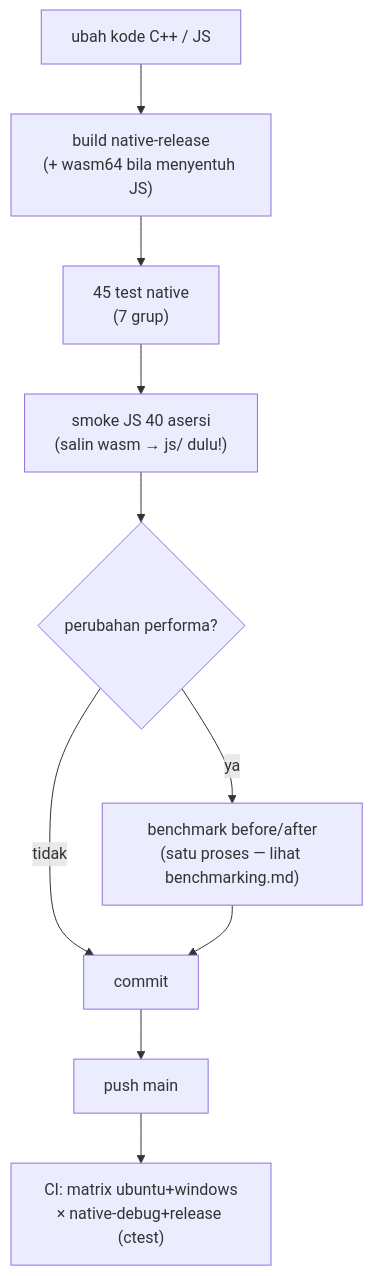
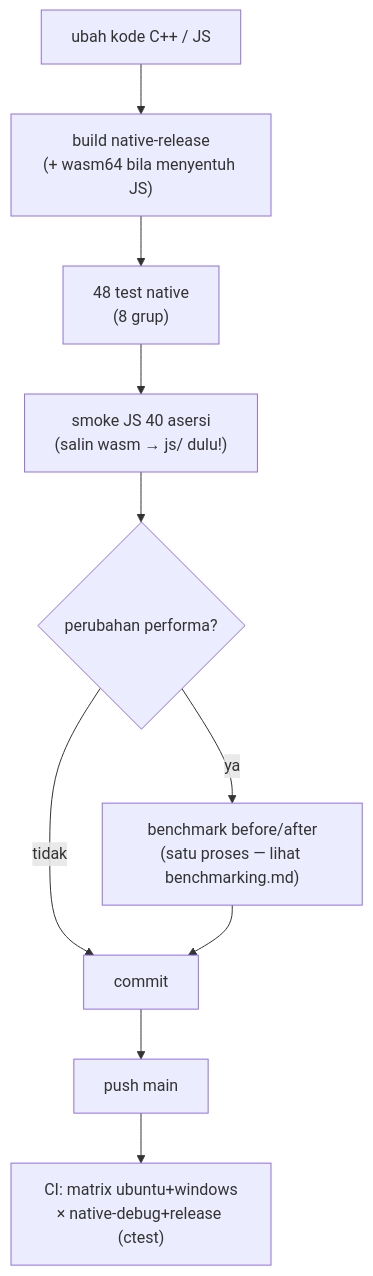
The first of 2 diagrams in docs/development/workflow.md (zuudevs/ze_json), drawn with Mermaid before and after one commit. The commit also changed other lines of this file and 63 other files, not shown here.

````diff
--- a/docs/development/workflow.md
+++ b/docs/development/workflow.md
@@ -42,12 +42,12 @@
 ```mermaid
 flowchart TD
     A["ubah kode C++ / JS"] --> B["build native-release<br/>(+ wasm64 bila menyentuh JS)"]
-    B --> C["45 test native<br/>(7 grup)"]
+    B --> C["48 test native<br/>(8 grup)"]
     C --> D["smoke JS 40 asersi<br/>(salin wasm → js/ dulu!)"]
     D --> E{"perubahan performa?"}
     E -- "ya" --> F["benchmark before/after<br/>(satu proses — lihat benchmarking.md)"]
     E -- "tidak" --> G["commit"]
     F --> G
     G --> H["push main"]
     H --> I["CI: matrix ubuntu+windows<br/>× native-debug+release (ctest)"]
 ```
````
